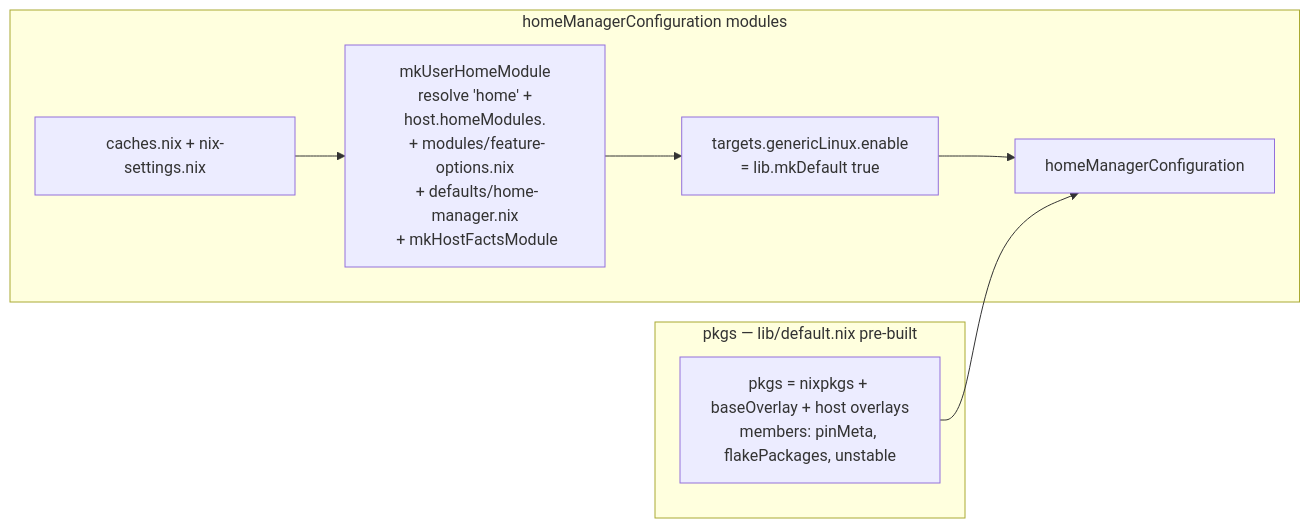
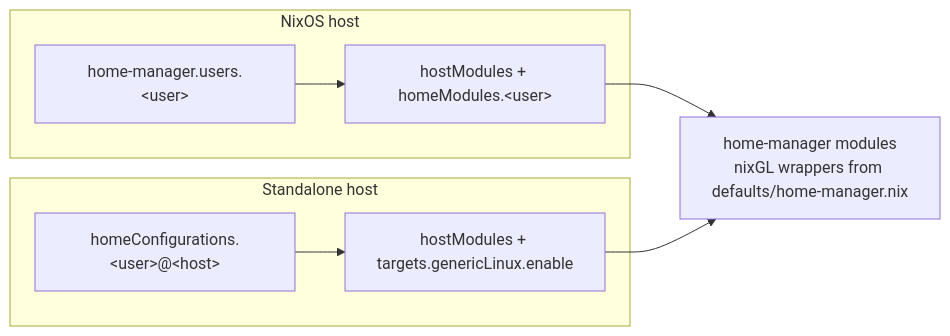
The fourth of 8 diagrams in DESIGN.md (WombatFromHell/automatic-palm-tree), drawn with Mermaid before and after one commit. The commit also changed other lines of this file and 46 other files, not shown here.

````diff
--- a/DESIGN.md
+++ b/DESIGN.md
@@ -214,13 +96,11 @@
 ```mermaid
 flowchart LR
-    subgraph Pkgs ["pkgs — lib/default.nix pre-built"]
-        pkgsNode["pkgs = nixpkgs + baseOverlay + host overlays\nmembers: pinMeta, flakePackages, unstable"]
-    end
-    subgraph Mods2 ["homeManagerConfiguration modules"]
-        nixSet2["caches.nix + nix-settings.nix"]
-        userMod["mkUserHomeModule\n resolve 'home' + host.homeModules.<user>\n + modules/feature-options.nix\n + defaults/home-manager.nix\n + mkHostFactsModule"]
-        generic["targets.genericLinux.enable\n = lib.mkDefault true"]
-        nixSet2 --> userMod --> generic --> merged2["homeManagerConfiguration"]
-    end
-    pkgsNode --> merged2
+  subgraph NixOS["NixOS host"]
+    U["home-manager.users.&lt;user&gt;"] --> UM["hostModules + homeModules.&lt;user&gt;"]
+  end
+  subgraph Standalone["Standalone host"]
+    S["homeConfigurations.&lt;user&gt;@&lt;host&gt;"] --> SM["hostModules + targets.genericLinux.enable"]
+  end
+  UM --> HM["home-manager modules<br/>nixGL wrappers from defaults/home-manager.nix"]
+  SM --> HM
 ```
````
